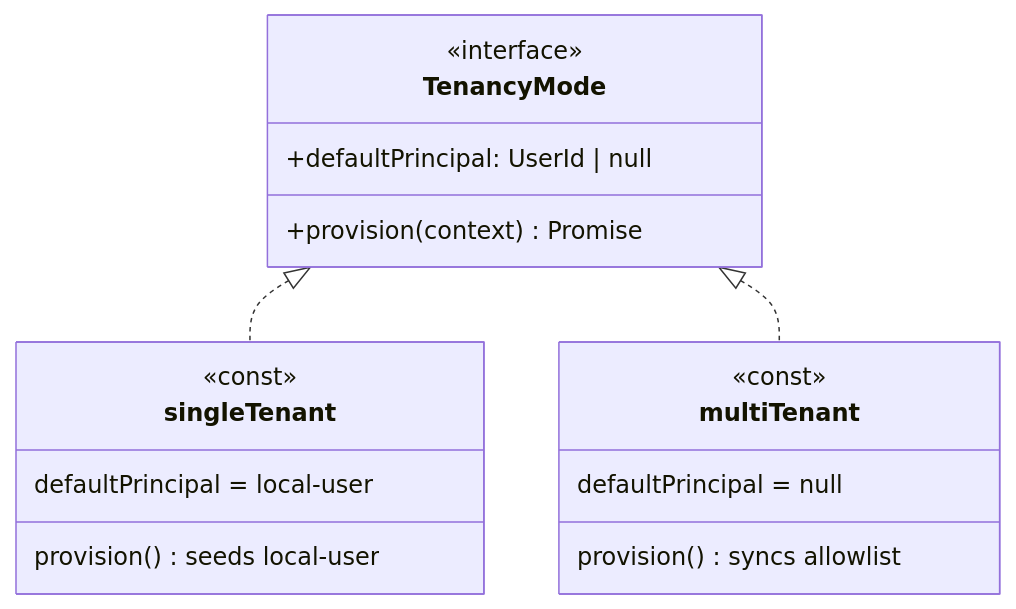
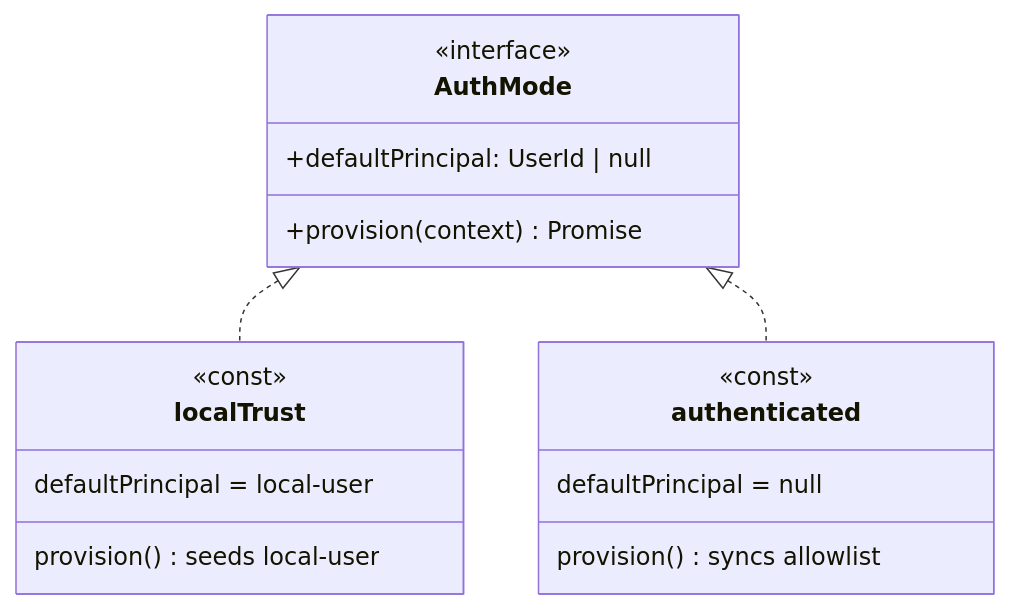
Before and after one commit to mroops0111/braid: the diagram in packages/server/README.md, drawn with Mermaid. The commit also changed other lines of this file and 12 other files, not shown here.

First line of the commit message:
refactor(server): startServer, grouped compose interfaces, AuthMode; gate /users

````diff
--- a/packages/server/README.md
+++ b/packages/server/README.md
@@ -65,20 +76,20 @@
 ```mermaid
 classDiagram
-    class TenancyMode {
+    class AuthMode {
         <<interface>>
         +defaultPrincipal: UserId | null
         +provision(context) Promise
     }
-    class singleTenant {
+    class localTrust {
         <<const>>
         defaultPrincipal = local-user
         provision() seeds local-user
     }
-    class multiTenant {
+    class authenticated {
         <<const>>
         defaultPrincipal = null
         provision() syncs allowlist
     }
-    TenancyMode <|.. singleTenant
-    TenancyMode <|.. multiTenant
+    AuthMode <|.. localTrust
+    AuthMode <|.. authenticated
 ```
````
